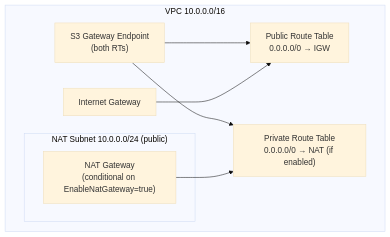
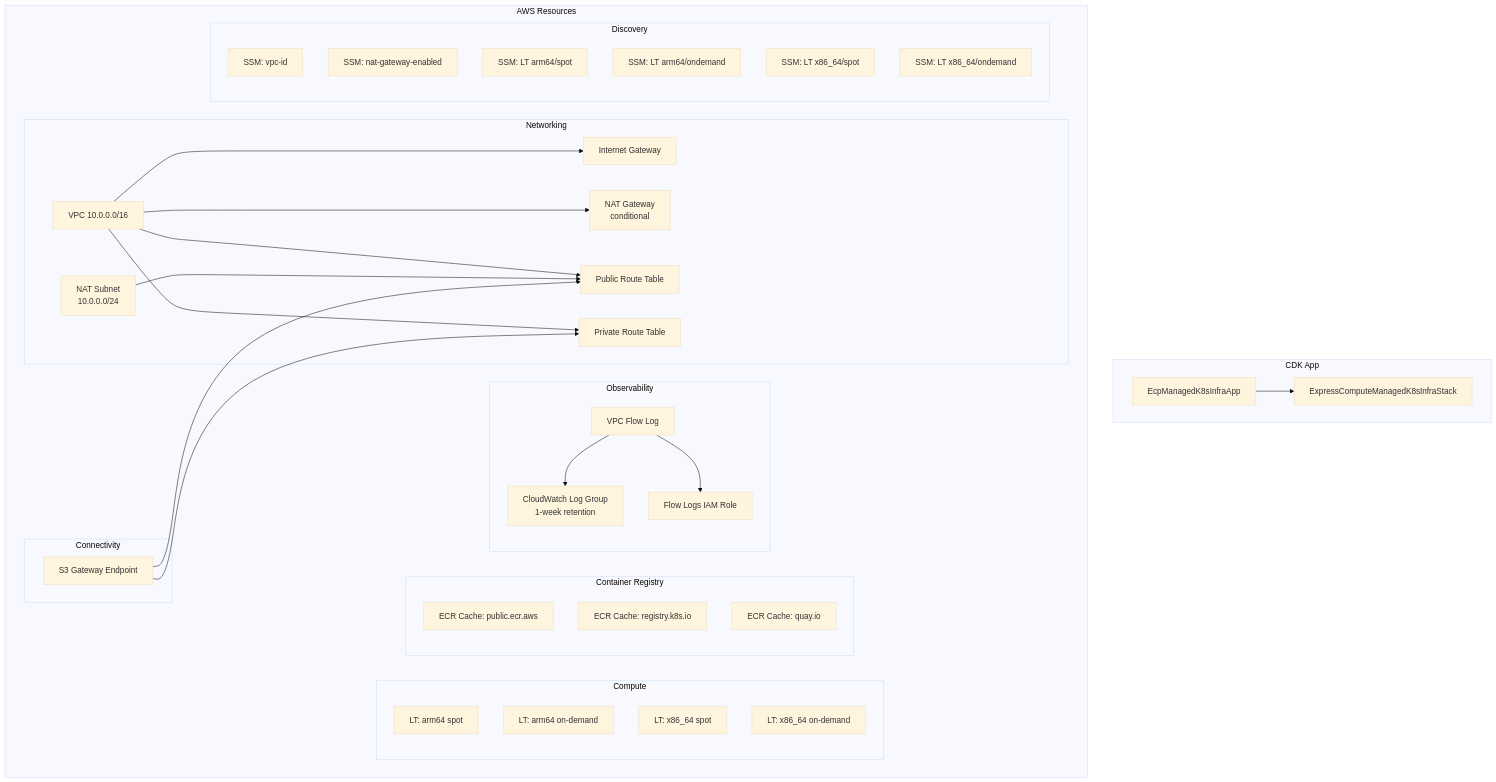
One commit to codriverlabs/express-compute-managed-k8s-infra changed the first of 3 diagrams in .agents/summary/architecture.md. Above: the diagram before and after it, drawn with Mermaid (base theme). The commit also changed other lines of this file and 9 other files, not shown here.

````diff
--- a/.agents/summary/architecture.md
+++ b/.agents/summary/architecture.md
@@ -53,17 +9,61 @@
 ```mermaid
 graph TB
-    subgraph "VPC 10.0.0.0/16"
-        subgraph "NAT Subnet 10.0.0.0/24 (public)"
-            NAT["NAT Gateway<br/>(conditional on EnableNatGateway=true)"]
-        end
-        IGW["Internet Gateway"]
-        PUB_RT["Public Route Table<br/>0.0.0.0/0 → IGW"]
-        PRIV_RT["Private Route Table<br/>0.0.0.0/0 → NAT (if enabled)"]
-        S3EP["S3 Gateway Endpoint<br/>(both RTs)"]
+    subgraph "CDK App"
+        App[EcpManagedK8sInfraApp]
+        Stack[ExpressComputeManagedK8sInfraStack]
+        App --> Stack
     end
 
-    IGW --> PUB_RT
-    NAT --> PRIV_RT
-    S3EP --> PUB_RT
-    S3EP --> PRIV_RT
+    subgraph "AWS Resources"
+        subgraph "Networking"
+            VPC[VPC 10.0.0.0/16]
+            IGW[Internet Gateway]
+            NAT[NAT Gateway<br/>conditional]
+            PubRT[Public Route Table]
+            PrivRT[Private Route Table]
+            NATSubnet[NAT Subnet<br/>10.0.0.0/24]
+        end
+
+        subgraph "Compute"
+            LT_ARM_SPOT[LT: arm64 spot]
+            LT_ARM_OD[LT: arm64 on-demand]
+            LT_X86_SPOT[LT: x86_64 spot]
+            LT_X86_OD[LT: x86_64 on-demand]
+        end
+
+        subgraph "Container Registry"
+            ECR_PUB[ECR Cache: public.ecr.aws]
+            ECR_K8S[ECR Cache: registry.k8s.io]
+            ECR_QUAY[ECR Cache: quay.io]
+        end
+
+        subgraph "Connectivity"
+            S3EP[S3 Gateway Endpoint]
+        end
+
+        subgraph "Observability"
+            FlowLog[VPC Flow Log]
+            LogGroup[CloudWatch Log Group<br/>1-week retention]
+            FlowRole[Flow Logs IAM Role]
+        end
+
+        subgraph "Discovery"
+            SSM_VPC[SSM: vpc-id]
+            SSM_NAT[SSM: nat-gateway-enabled]
+            SSM_LT1[SSM: LT arm64/spot]
+            SSM_LT2[SSM: LT arm64/ondemand]
+            SSM_LT3[SSM: LT x86_64/spot]
+            SSM_LT4[SSM: LT x86_64/ondemand]
+        end
+    end
+
+    VPC --> IGW
+    VPC --> NAT
+    VPC --> PubRT
+    VPC --> PrivRT
+    NATSubnet --> PubRT
+    FlowLog --> LogGroup
+    FlowLog --> FlowRole
+    S3EP --> PubRT
+    S3EP --> PrivRT
 ```
````
